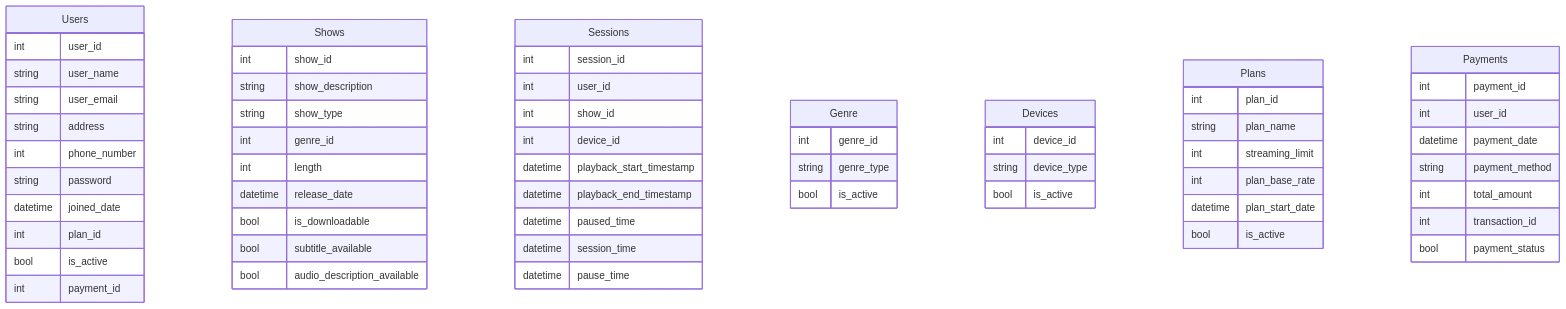
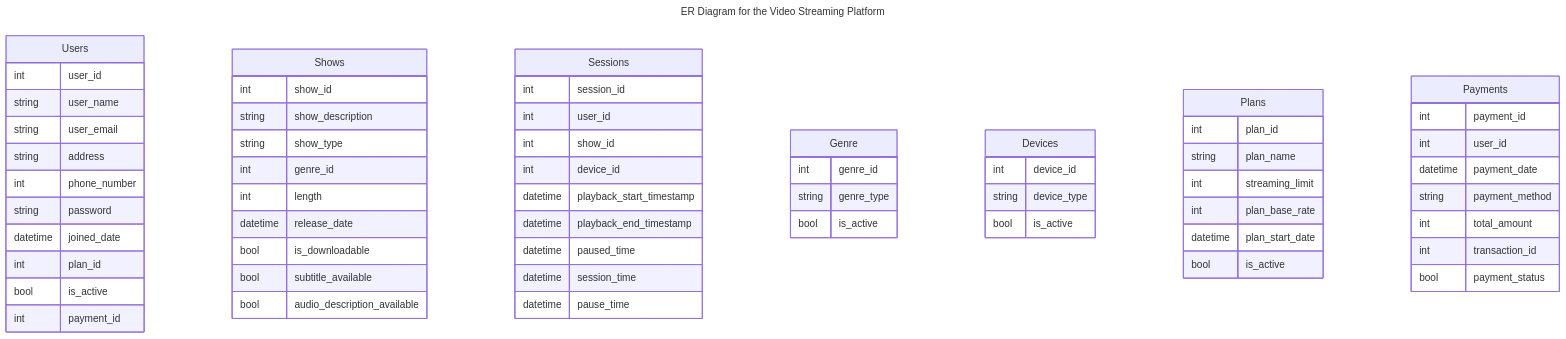
One commit to vidishsirdesai/video_streaming_platforms_hld changed the diagram in README.md. Above: the diagram before and after it, drawn with Mermaid. The commit also changed other lines of this file, not shown here.

````diff
--- a/README.md
+++ b/README.md
@@ -139,64 +139,67 @@
 ```mermaid
+---
+title: ER Diagram for the Video Streaming Platform
+---
 erDiagram
     a["Users"] {
         int user_id
         string user_name
         string user_email
         string address
         int phone_number
         string password
         datetime joined_date
         int plan_id
         bool is_active
         int payment_id
     }
     b["Shows"] {
         int show_id
         string show_description
         string show_type
         int genre_id
         int length
         datetime release_date
         bool is_downloadable
         bool subtitle_available 
         bool audio_description_available
     }
-    Sessions {
+    c["Sessions"] {
         int session_id
         int user_id
         int show_id
         int device_id
         datetime playback_start_timestamp
         datetime playback_end_timestamp
         datetime paused_time
         datetime session_time
         datetime pause_time
     }
-    Genre {
+    d["Genre"] {
         int genre_id
         string genre_type
         bool is_active
     }
-    Devices {
+    e["Devices"] {
         int device_id
         string device_type
         bool is_active
     }
-    Plans {
+    f["Plans"] {
         int plan_id
         string plan_name
         int streaming_limit
         int plan_base_rate
         datetime plan_start_date
         bool is_active
     }
-    Payments {
+    g["Payments"] {
         int payment_id
         int user_id
         datetime payment_date
         string payment_method
         int total_amount
         int transaction_id
         bool payment_status
     }
 ```
````
